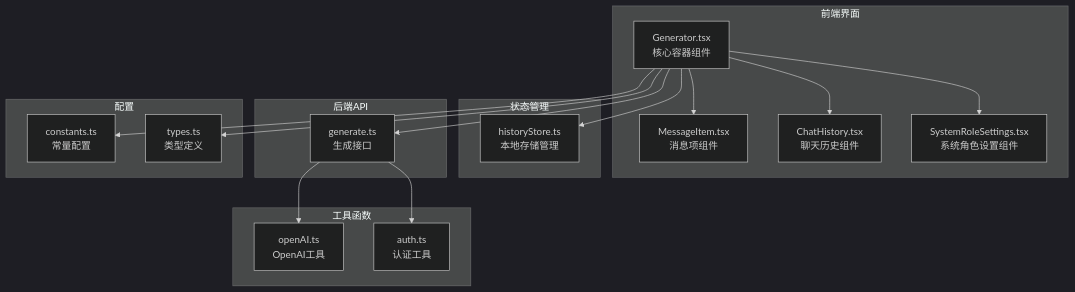
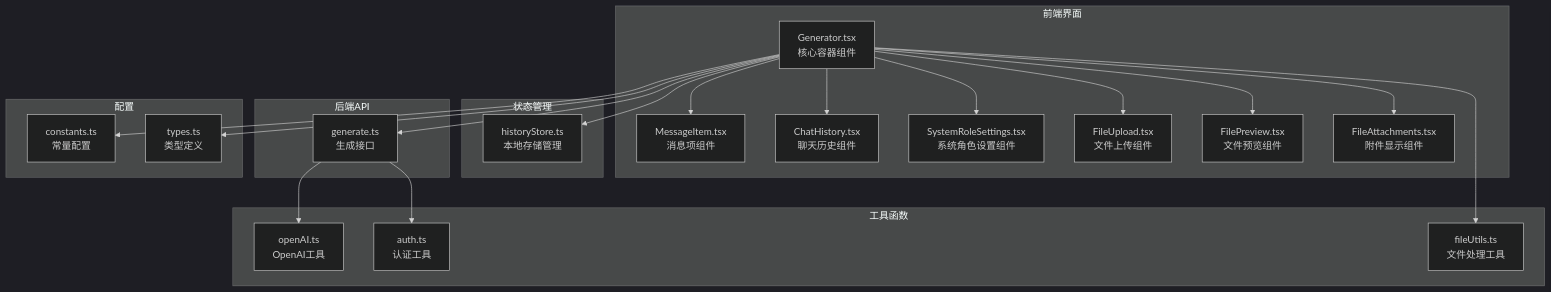
Before and after one commit to zfyime/chat-mini: the first of 2 diagrams in .qoder/repowiki/zh/content/组件架构/Generator组件.md, drawn with Mermaid (dark theme). The commit also changed other lines of this file and 8 other files, not shown here.

````diff
--- a/.qoder/repowiki/zh/content/组件架构/Generator组件.md
+++ b/.qoder/repowiki/zh/content/组件架构/Generator组件.md
@@ -33,32 +48,40 @@
 ```mermaid
 graph TB
 subgraph "前端界面"
 Generator[Generator.tsx<br>核心容器组件]
 MessageItem[MessageItem.tsx<br>消息项组件]
 ChatHistory[ChatHistory.tsx<br>聊天历史组件]
 SystemRoleSettings[SystemRoleSettings.tsx<br>系统角色设置组件]
+FileUpload[FileUpload.tsx<br>文件上传组件]
+FilePreview[FilePreview.tsx<br>文件预览组件]
+FileAttachments[FileAttachments.tsx<br>附件显示组件]
 end
 subgraph "状态管理"
 historyStore[historyStore.ts<br>本地存储管理]
 end
 subgraph "后端API"
 generate[generate.ts<br>生成接口]
 end
 subgraph "工具函数"
 openAI[openAI.ts<br>OpenAI工具]
 auth[auth.ts<br>认证工具]
+fileUtils[fileUtils.ts<br>文件处理工具]
 end
 subgraph "配置"
 constants[constants.ts<br>常量配置]
 types[types.ts<br>类型定义]
 end
 Generator --> MessageItem
 Generator --> ChatHistory
 Generator --> SystemRoleSettings
+Generator --> FileUpload
+Generator --> FilePreview
+Generator --> FileAttachments
 Generator --> historyStore
 Generator --> generate
 generate --> openAI
 generate --> auth
 Generator --> constants
 Generator --> types
+Generator --> fileUtils
 ```
````
